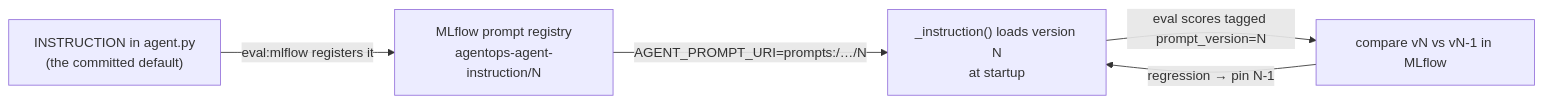
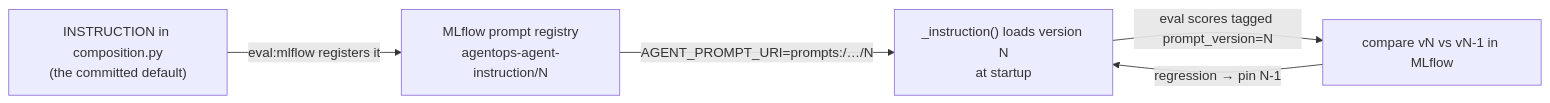
One commit to LuiGGi629/agentops-open-course changed the third of 4 diagrams in docs/4. Quality/4.4. Evaluations.md. Above: the diagram before and after it, drawn with Mermaid. The commit also changed other lines of this file and 121 other files, not shown here.

````diff
--- a/docs/4. Quality/4.4. Evaluations.md
+++ b/docs/4. Quality/4.4. Evaluations.md
@@ -439,7 +467,7 @@
 ```mermaid
 flowchart LR
-    Commit["INSTRUCTION in agent.py<br/>(the committed default)"] -->|"eval:mlflow registers it"| Registry["MLflow prompt registry<br/>agentops-agent-instruction/N"]
+    Commit["INSTRUCTION in composition.py<br/>(the committed default)"] -->|"eval:mlflow registers it"| Registry["MLflow prompt registry<br/>agentops-agent-instruction/N"]
     Registry -->|"AGENT_PROMPT_URI=prompts:/…/N"| Pin["_instruction() loads version N<br/>at startup"]
     Pin -->|"eval scores tagged prompt_version=N"| Compare["compare vN vs vN-1 in MLflow"]
     Compare -->|"regression → pin N-1"| Pin
 ```
````
